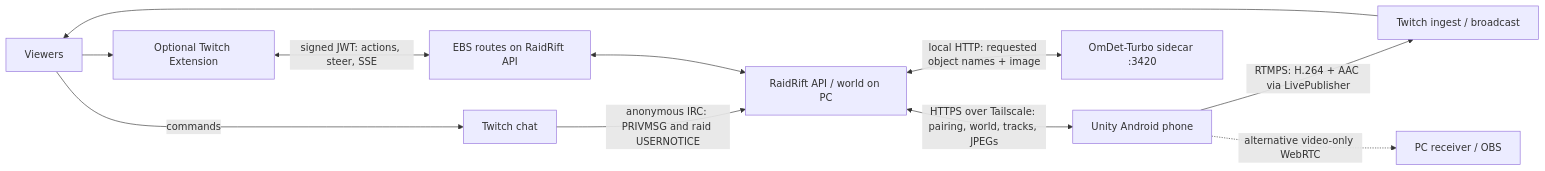
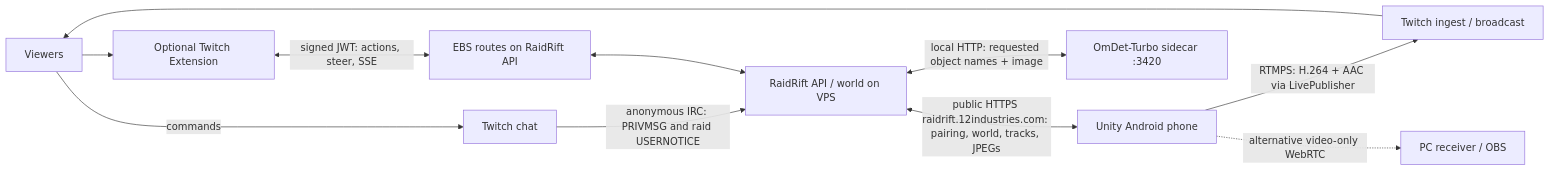
Before and after one commit to dusy4/twitch-hackathon-codex: the diagram in docs/RAIDRIFT_MR.md, drawn with Mermaid. The commit also changed other lines of this file and 26 other files, not shown here.

Commit message:
﻿Public server: test raids and rehearsal chat for phone rooms; product site; docs and demo script for 0.23.3

````diff
--- a/docs/RAIDRIFT_MR.md
+++ b/docs/RAIDRIFT_MR.md
@@ -24,13 +26,13 @@
 ```mermaid
 flowchart LR
   V[Viewers] -->|commands| TC[Twitch chat]
-  TC -->|anonymous IRC: PRIVMSG and raid USERNOTICE| PC[RaidRift API / world on PC]
-  PC <-->|HTTPS over Tailscale: pairing, world, tracks, JPEGs| U[Unity Android phone]
+  TC -->|anonymous IRC: PRIVMSG and raid USERNOTICE| PC[RaidRift API / world on VPS]
+  PC <-->|public HTTPS raidrift.12industries.com: pairing, world, tracks, JPEGs| U[Unity Android phone]
   U -->|RTMPS: H.264 + AAC via LivePublisher| T[Twitch ingest / broadcast]
   T --> V
   V --> X[Optional Twitch Extension]
   X <-->|signed JWT: actions, steer, SSE| E[EBS routes on RaidRift API]
   E <--> PC
   PC <-->|local HTTP: requested object names + image| OV[OmDet-Turbo sidecar :3420]
   U -.->|alternative video-only WebRTC| RX[PC receiver / OBS]
 ```
````
